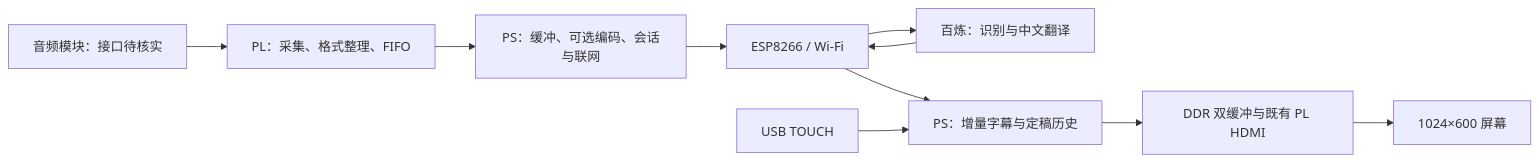
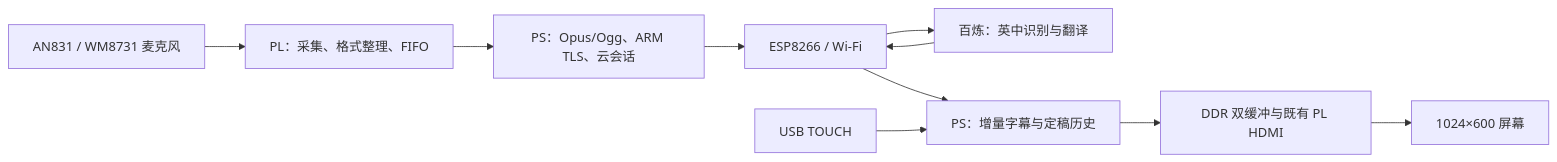
The first of 2 diagrams in docs/design/SYSTEM_PLAN.md (HHHHH-UX-bot/simultaneous-interpreter), drawn with Mermaid before and after one commit. The commit also changed other lines of this file and 45 other files, not shown here.

````diff
--- a/docs/design/SYSTEM_PLAN.md
+++ b/docs/design/SYSTEM_PLAN.md
@@ -11,12 +11,12 @@
 ```mermaid
 flowchart LR
-    Audio[音频模块：接口待核实] --> PL[PL：采集、格式整理、FIFO]
-    PL --> PS[PS：缓冲、可选编码、会话与联网]
+    Audio[AN831 / WM8731 麦克风] --> PL[PL：采集、格式整理、FIFO]
+    PL --> PS[PS：Opus/Ogg、ARM TLS、云会话]
     PS --> ESP[ESP8266 / Wi-Fi]
-    ESP --> Cloud[百炼：识别与中文翻译]
+    ESP --> Cloud[百炼：英中识别与翻译]
     Cloud --> ESP
     ESP --> Text[PS：增量字幕与定稿历史]
     Touch[USB TOUCH] --> Text
     Text --> Frame[DDR 双缓冲与既有 PL HDMI]
     Frame --> Screen[1024×600 屏幕]
 ```
````
